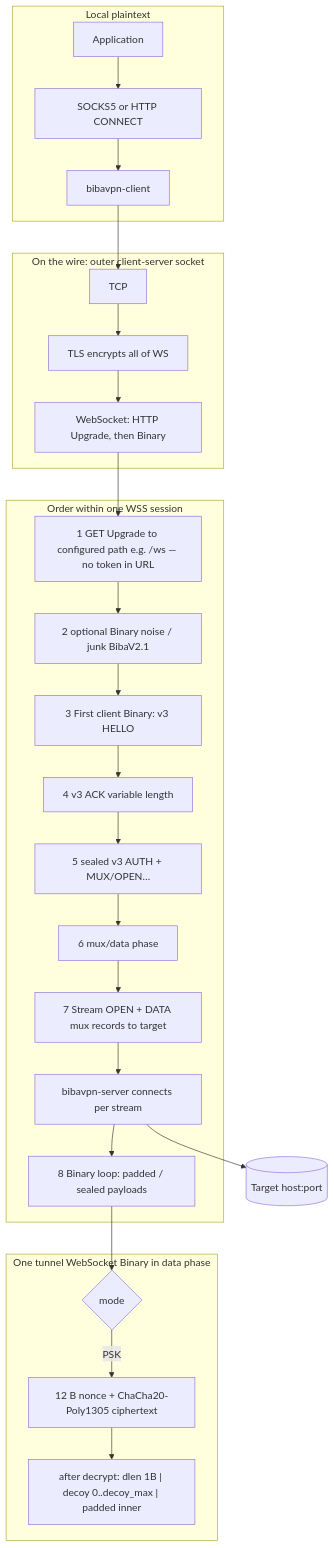
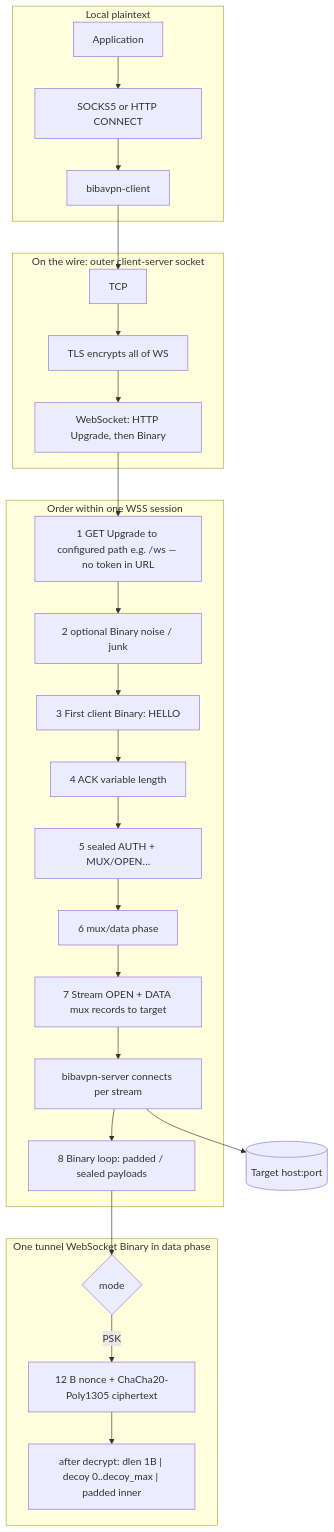
The third of 3 diagrams in PROTOCOL.md (Eljaja/BibaVPN), drawn with Mermaid before and after one commit. The commit also changed other lines of this file and 2 other files, not shown here.

````diff
--- a/PROTOCOL.md
+++ b/PROTOCOL.md
@@ -262,32 +262,32 @@
 ```mermaid
 flowchart TB
   subgraph loc [Local plaintext]
     APP[Application] --> PX[SOCKS5 or HTTP CONNECT] --> CL[bibavpn-client]
   end
 
   subgraph wire [On the wire: outer client-server socket]
     CL --> TCP[TCP]
     TCP --> TLS[TLS encrypts all of WS]
     TLS --> WFR[WebSocket: HTTP Upgrade, then Binary]
   end
 
   subgraph setup [Order within one WSS session]
     WFR --> U[1 GET Upgrade to configured path e.g. /ws — no token in URL]
-    U --> N[2 optional Binary noise / junk BibaV2.1]
-    N --> FB[3 First client Binary: v3 HELLO]
-    FB --> H3[4 v3 ACK variable length]
-    H3 --> AU3[5 sealed v3 AUTH + MUX/OPEN…]
+    U --> N[2 optional Binary noise / junk]
+    N --> FB[3 First client Binary: HELLO]
+    FB --> H3[4 ACK variable length]
+    H3 --> AU3[5 sealed AUTH + MUX/OPEN…]
     AU3 --> MX2[6 mux/data phase]
     MX2 --> ST[7 Stream OPEN + DATA mux records to target]
     ST --> SV[bibavpn-server connects per stream]
     SV --> LOOP[8 Binary loop: padded / sealed payloads]
   end
 
   subgraph payload [One tunnel WebSocket Binary in data phase]
     LOOP --> R{mode}
     R -->|PSK| AE[12 B nonce + ChaCha20-Poly1305 ciphertext]
     AE --> AE1["after decrypt: dlen 1B | decoy 0..decoy_max | padded inner"]
   end
 
   SV --> DST[(Target host:port)]
 ```
````
